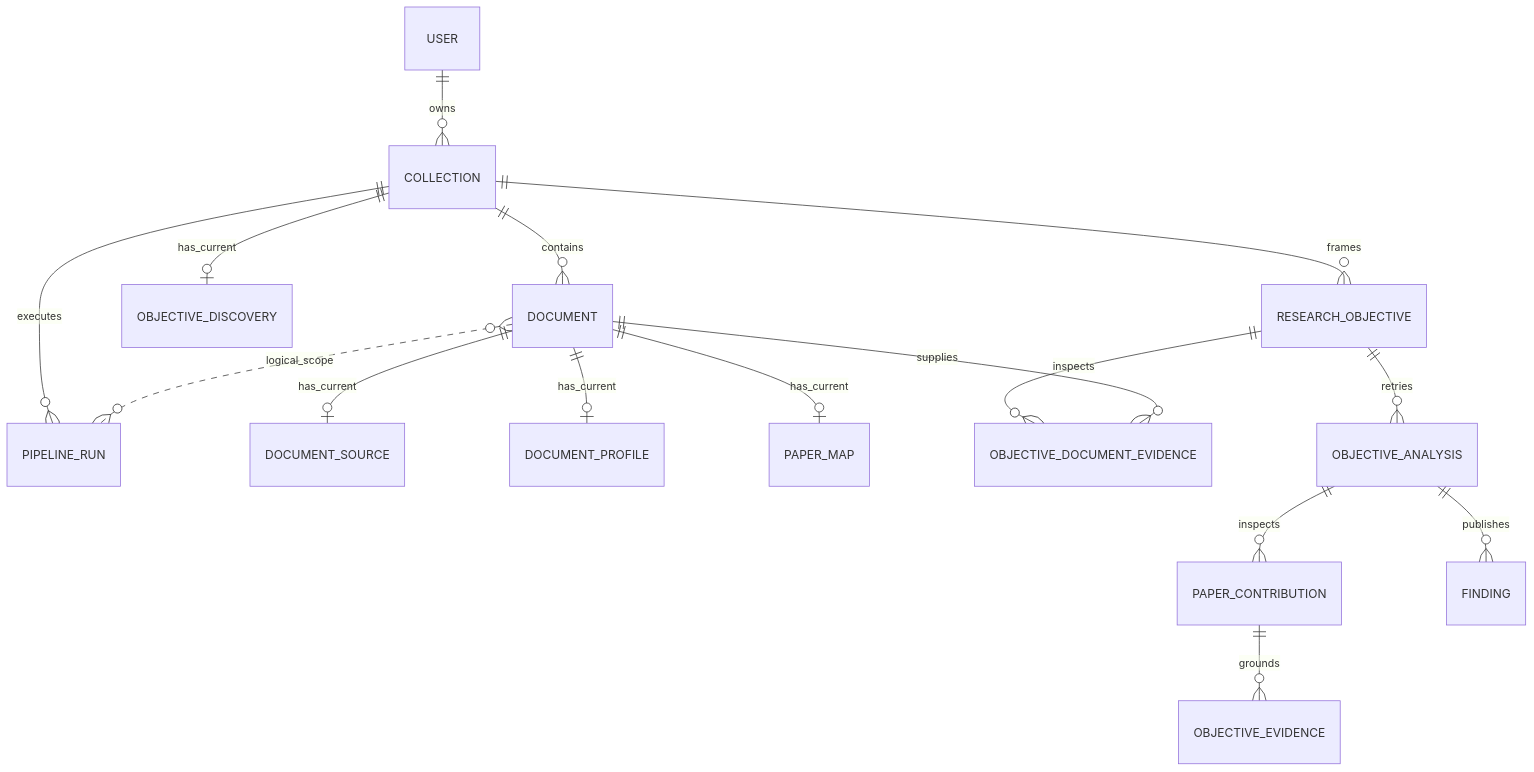
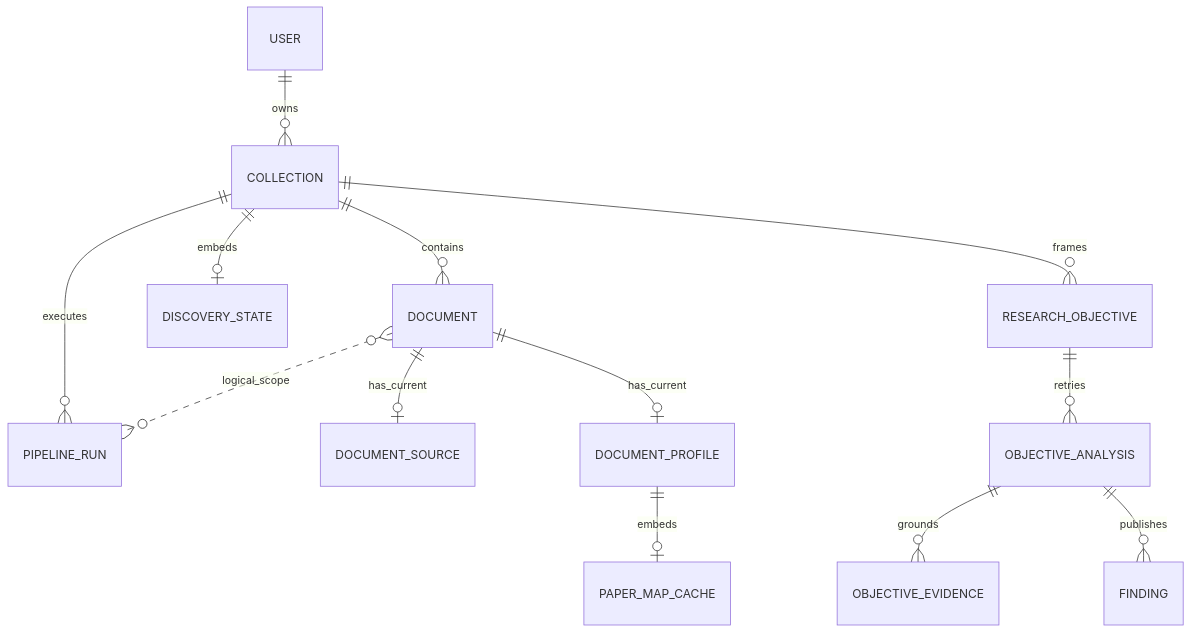
Before and after one commit to JeanphiloGong/tsingai-lens: the diagram in backend/docs/architecture/persistence-model.md, drawn with Mermaid. The commit also changed other lines of this file and 6 other files, not shown here.

````diff
--- a/backend/docs/architecture/persistence-model.md
+++ b/backend/docs/architecture/persistence-model.md
@@ -174,18 +174,15 @@
 ```mermaid
 erDiagram
     USER ||--o{ COLLECTION : owns
     COLLECTION ||--o{ DOCUMENT : contains
     COLLECTION ||--o{ PIPELINE_RUN : executes
     DOCUMENT }o..o{ PIPELINE_RUN : logical_scope
     DOCUMENT ||--o| DOCUMENT_SOURCE : has_current
     DOCUMENT ||--o| DOCUMENT_PROFILE : has_current
-    DOCUMENT ||--o| PAPER_MAP : has_current
-    COLLECTION ||--o| OBJECTIVE_DISCOVERY : has_current
+    DOCUMENT_PROFILE ||--o| PAPER_MAP_CACHE : embeds
+    COLLECTION ||--o| DISCOVERY_STATE : embeds
     COLLECTION ||--o{ RESEARCH_OBJECTIVE : frames
-    RESEARCH_OBJECTIVE ||--o{ OBJECTIVE_DOCUMENT_EVIDENCE : inspects
-    DOCUMENT ||--o{ OBJECTIVE_DOCUMENT_EVIDENCE : supplies
     RESEARCH_OBJECTIVE ||--o{ OBJECTIVE_ANALYSIS : retries
-    OBJECTIVE_ANALYSIS ||--o{ PAPER_CONTRIBUTION : inspects
-    PAPER_CONTRIBUTION ||--o{ OBJECTIVE_EVIDENCE : grounds
+    OBJECTIVE_ANALYSIS ||--o{ OBJECTIVE_EVIDENCE : grounds
     OBJECTIVE_ANALYSIS ||--o{ FINDING : publishes
 ```
````
